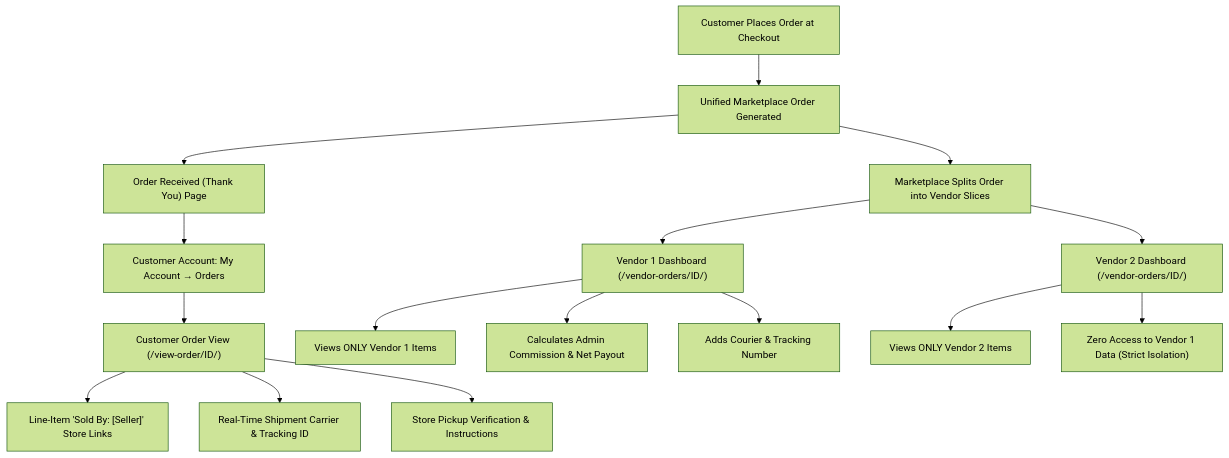
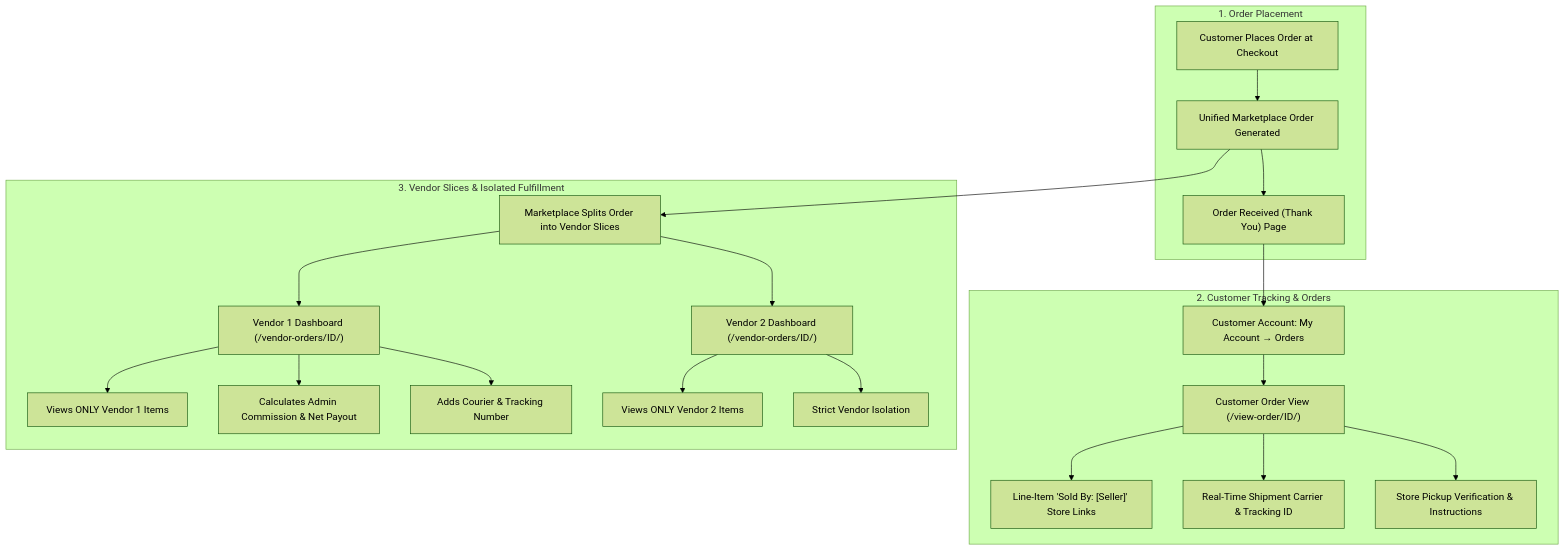
Before and after one commit to webkul/wordpress-docs: the diagram in woocommerce-marketplace/documentation/customer-order-tracking.md, drawn with Mermaid (forest theme). The commit also changed 353 other files, not shown here.

````diff
--- a/woocommerce-marketplace/documentation/customer-order-tracking.md
+++ b/woocommerce-marketplace/documentation/customer-order-tracking.md
@@ -20,23 +20,49 @@
 ```mermaid
 flowchart TD
-    A["Customer Places Order at Checkout"] --> B["Unified Marketplace Order Generated"]
-    B --> C["Order Received (Thank You) Page"]
-    C --> D["Customer Account: My Account → Orders"]
-    
-    B --> E["Marketplace Splits Order into Vendor Slices"]
-    
-    D --> F["Customer Order View (/view-order/ID/)"]
-    F --> F1["Line-Item 'Sold By: [Seller]' Store Links"]
-    F --> F2["Real-Time Shipment Carrier & Tracking ID"]
-    F --> F3["Store Pickup Verification & Instructions"]
-    
-    E --> G["Vendor 1 Dashboard (/vendor-orders/ID/)"]
-    E --> H["Vendor 2 Dashboard (/vendor-orders/ID/)"]
-    
-    G --> G1["Views ONLY Vendor 1 Items"]
-    G --> G2["Calculates Admin Commission & Net Payout"]
-    G --> G3["Adds Courier & Tracking Number"]
-    
-    H --> H1["Views ONLY Vendor 2 Items"]
-    H --> H2["Zero Access to Vendor 1 Data (Strict Isolation)"]
+    subgraph Placement ["1. Order Placement"]
+        A["Customer Places Order at Checkout"]
+        B["Unified Marketplace Order Generated"]
+        C["Order Received (Thank You) Page"]
+    end
+
+    subgraph CustomerTracking ["2. Customer Tracking & Orders"]
+        D["Customer Account: My Account → Orders"]
+        F["Customer Order View (/view-order/ID/)"]
+        F1["Line-Item 'Sold By: [Seller]' Store Links"]
+        F2["Real-Time Shipment Carrier & Tracking ID"]
+        F3["Store Pickup Verification & Instructions"]
+    end
+
+    subgraph VendorSplits ["3. Vendor Slices & Isolated Fulfillment"]
+        E["Marketplace Splits Order into Vendor Slices"]
+        G["Vendor 1 Dashboard (/vendor-orders/ID/)"]
+        H["Vendor 2 Dashboard (/vendor-orders/ID/)"]
+        G1["Views ONLY Vendor 1 Items"]
+        G2["Calculates Admin Commission & Net Payout"]
+        G3["Adds Courier & Tracking Number"]
+        H1["Views ONLY Vendor 2 Items"]
+        H2["Strict Vendor Isolation"]
+    end
+
+    A --> B
+    B --> C
+    C --> D
+    D --> F
+    F --> F1
+    F --> F2
+    F --> F3
+
+    B --> E
+    E --> G
+    E --> H
+    G --> G1
+    G --> G2
+    G --> G3
+    H --> H1
+    H --> H2
+
+    class A,B,C entry;
+    class D,F,F1,F2,F3 filter;
+    class E,G,H grid;
+    class G1,G2,G3,H1,H2 dest;
 ```
````
